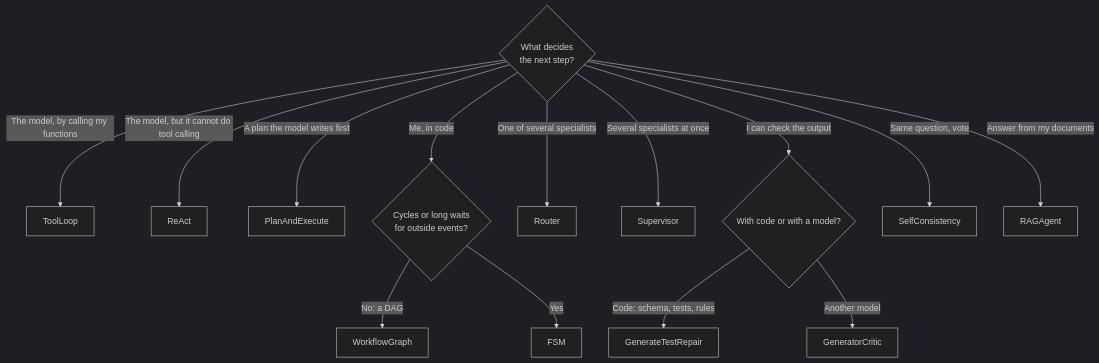
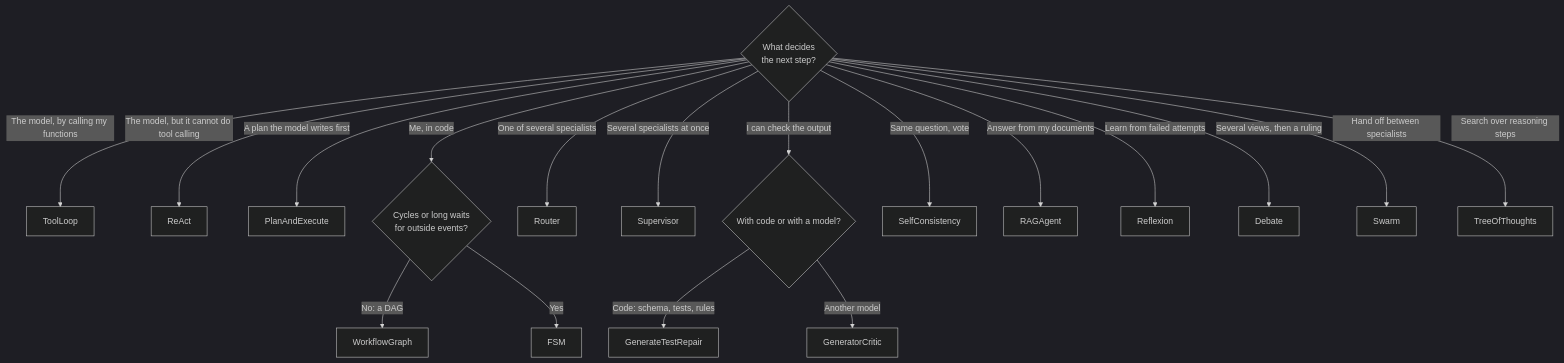
One commit to innerkorehq/AutonomousAgentAlgos changed the diagram in docs/guides/algorithms/index.md. Above: the diagram before and after it, drawn with Mermaid (dark theme). The commit also changed other lines of this file and 16 other files, not shown here.

Commit message:
M8: Reflexion, Debate, Swarm handoffs, Tree-of-thoughts

````diff
--- a/docs/guides/algorithms/index.md
+++ b/docs/guides/algorithms/index.md
@@ -7,17 +7,21 @@
 ```mermaid
 flowchart TD
     Q{What decides<br/>the next step?}
     Q -->|The model, by calling my functions| T[ToolLoop]
     Q -->|The model, but it cannot do tool calling| R[ReAct]
     Q -->|A plan the model writes first| P[PlanAndExecute]
     Q -->|Me, in code| W{Cycles or long waits<br/>for outside events?}
     W -->|No: a DAG| WG[WorkflowGraph]
     W -->|Yes| F[FSM]
     Q -->|One of several specialists| RT[Router]
     Q -->|Several specialists at once| SV[Supervisor]
     Q -->|I can check the output| V{With code or with a model?}
     V -->|Code: schema, tests, rules| G[GenerateTestRepair]
     V -->|Another model| C[GeneratorCritic]
     Q -->|Same question, vote| S[SelfConsistency]
     Q -->|Answer from my documents| RG[RAGAgent]
+    Q -->|Learn from failed attempts| RF[Reflexion]
+    Q -->|Several views, then a ruling| DB[Debate]
+    Q -->|Hand off between specialists| SW[Swarm]
+    Q -->|Search over reasoning steps| TT[TreeOfThoughts]
 ```
````
